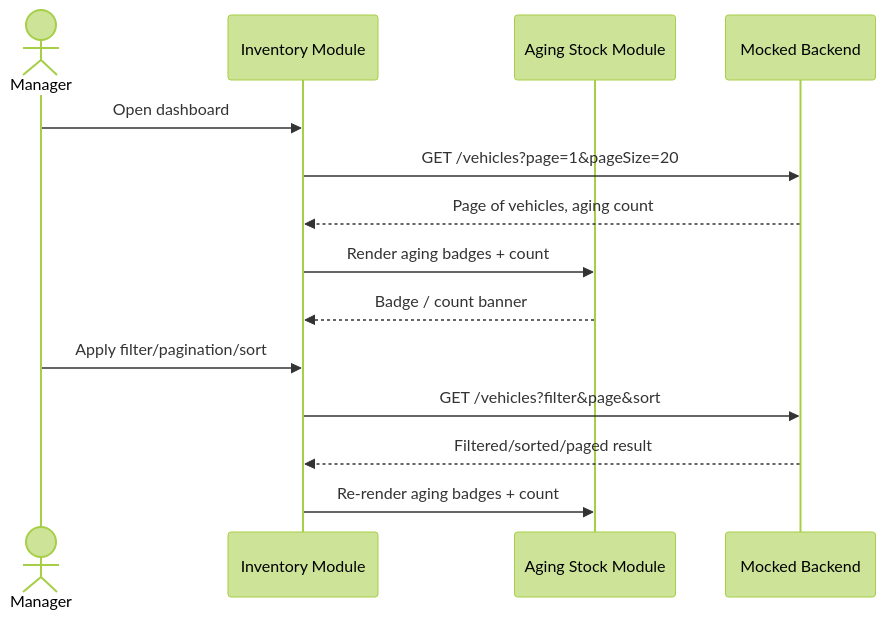
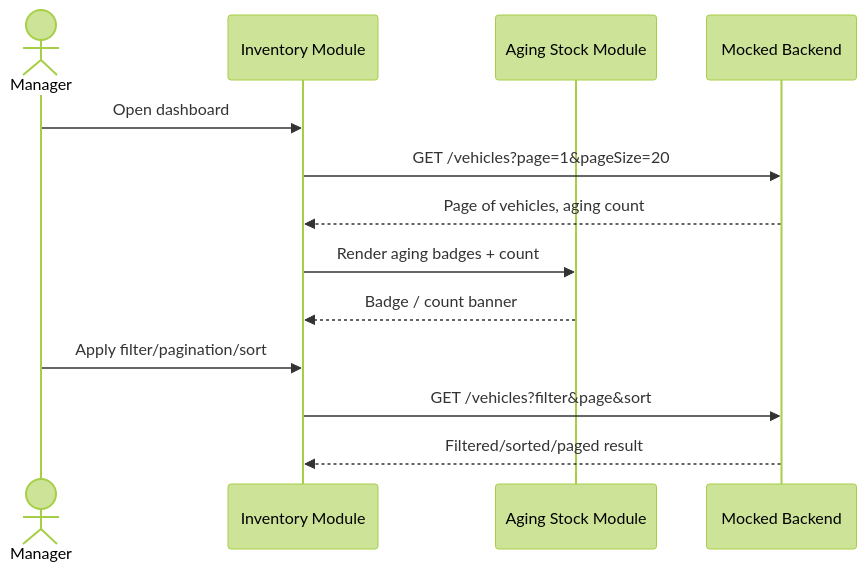
One commit to nmtrong1000/keyloop-challenge changed the second of 4 diagrams in SDD.md. Above: the diagram before and after it, drawn with Mermaid (forest theme).

Commit message:
docs(STORY_20): drop redundant re-render step from §4.1
Filtering/paginating/sorting already implies the aging badges and count
re-render with the new data; spelling out "IM->>ASM: Re-render aging
badges + count" a second time added a step without adding information.

````diff
--- a/SDD.md
+++ b/SDD.md
@@ -77,18 +77,17 @@
 ```mermaid
 sequenceDiagram
     actor Manager
     participant IM as Inventory Module
     participant ASM as Aging Stock Module
     participant Mock as Mocked Backend
 
     Manager->>IM: Open dashboard
     IM->>Mock: GET /vehicles?page=1&pageSize=20
     Mock-->>IM: Page of vehicles, aging count
     IM->>ASM: Render aging badges + count
     ASM-->>IM: Badge / count banner
 
     Manager->>IM: Apply filter/pagination/sort
     IM->>Mock: GET /vehicles?filter&page&sort
     Mock-->>IM: Filtered/sorted/paged result
-    IM->>ASM: Re-render aging badges + count
 ```
````
